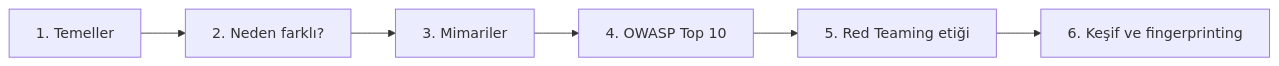
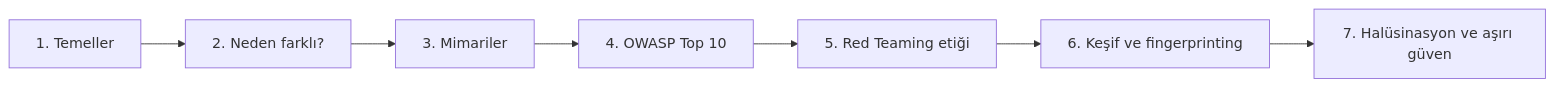
Before and after one commit to OnurTugran/notes: the diagram in Yapay Zeka Güvenliği/00 - Yapay zeka.md, drawn with Mermaid. The commit also changed other lines of this file and 5 other files, not shown here.

````diff
--- a/Yapay Zeka Güvenliği/00 - Yapay zeka.md
+++ b/Yapay Zeka Güvenliği/00 - Yapay zeka.md
@@ -31,8 +32,9 @@
 ```mermaid
 flowchart LR
     A["1. Temeller"] --> B["2. Neden farklı?"]
     B --> C["3. Mimariler"]
     C --> D["4. OWASP Top 10"]
     D --> E["5. Red Teaming etiği"]
     E --> F["6. Keşif ve fingerprinting"]
+    F --> G["7. Halüsinasyon ve aşırı güven"]
 ```
````
